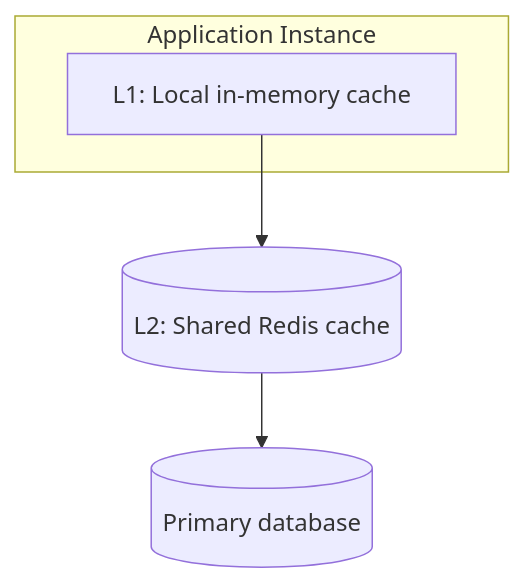
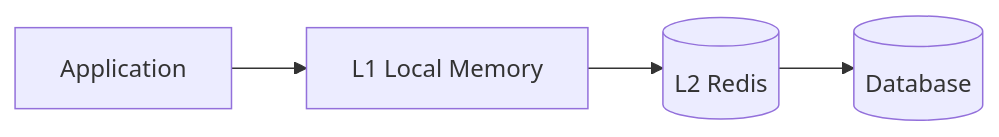
The seventh of 7 diagrams in src/content/caching/cache-invalidation.md (AvadhBhalodiya/Interview-Preparation), drawn with Mermaid before and after one commit. The commit also changed other lines of this file and 54 other files, not shown here.

````diff
--- a/src/content/caching/cache-invalidation.md
+++ b/src/content/caching/cache-invalidation.md
@@ -718,9 +547,6 @@
 ```mermaid
-flowchart TB
-    subgraph APP[Application Instance]
-        L1["L1: Local in-memory cache"]
-    end
-
-    L1 --> L2[("L2: Shared Redis cache")]
-    L2 --> DB[(Primary database)]
+flowchart LR
+    A[Application] --> L1[L1 Local Memory]
+    L1 --> L2[(L2 Redis)]
+    L2 --> DB[(Database)]
 ```
````
